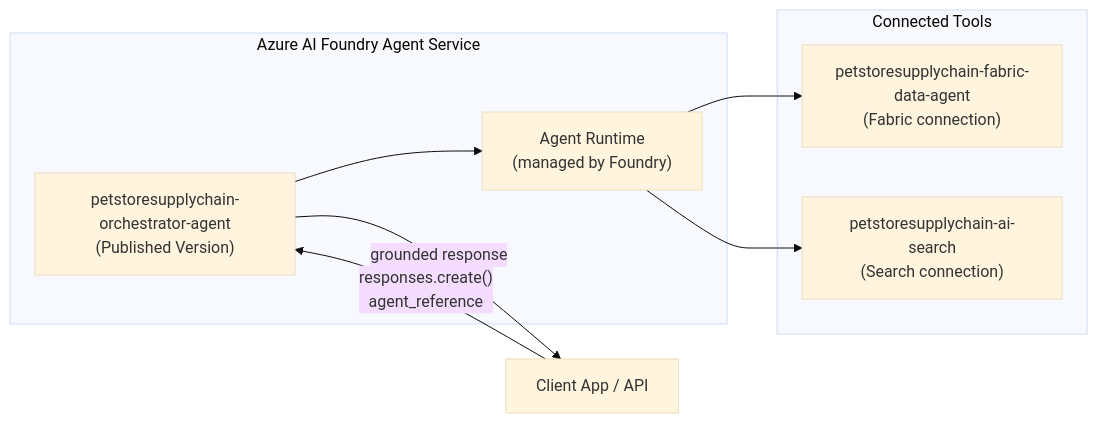
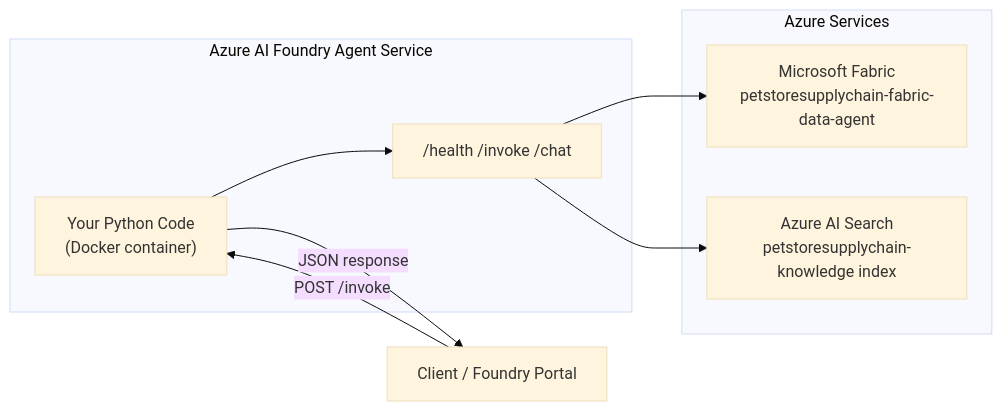
The fifth of 6 diagrams in petstore/petstoresupplychain/README.md (Benjouza/azure-cloud), drawn with Mermaid (base theme) before and after one commit. The commit also changed other lines of this file and 14 other files, not shown here.

````diff
--- a/petstore/petstoresupplychain/README.md
+++ b/petstore/petstoresupplychain/README.md
@@ -729,18 +727,18 @@
 ```mermaid
 graph LR
     subgraph FoundryService["Azure AI Foundry Agent Service"]
-        AV["petstoresupplychain-orchestrator-agent<br/>(Published Version)"]
-        RT["Agent Runtime<br/>(managed by Foundry)"]
+        Container["Your Python Code<br/>(Docker container)"]
+        Endpoints["/health  /invoke  /chat"]
     end
 
-    subgraph Tools["Connected Tools"]
-        F["petstoresupplychain-fabric-data-agent<br/>(Fabric connection)"]
-        S["petstoresupplychain-ai-search<br/>(Search connection)"]
+    subgraph Tools["Azure Services"]
+        F["Microsoft Fabric<br/>petstoresupplychain-fabric-data-agent"]
+        S["Azure AI Search<br/>petstoresupplychain-knowledge index"]
     end
 
-    Client["Client App / API"] -->|"responses.create()<br/>agent_reference"| AV
-    AV --> RT
-    RT --> F
-    RT --> S
-    AV -->|"grounded response"| Client
+    Client["Client / Foundry Portal"] -->|"POST /invoke"| Container
+    Container --> Endpoints
+    Endpoints --> F
+    Endpoints --> S
+    Container -->|"JSON response"| Client
 ```
````
